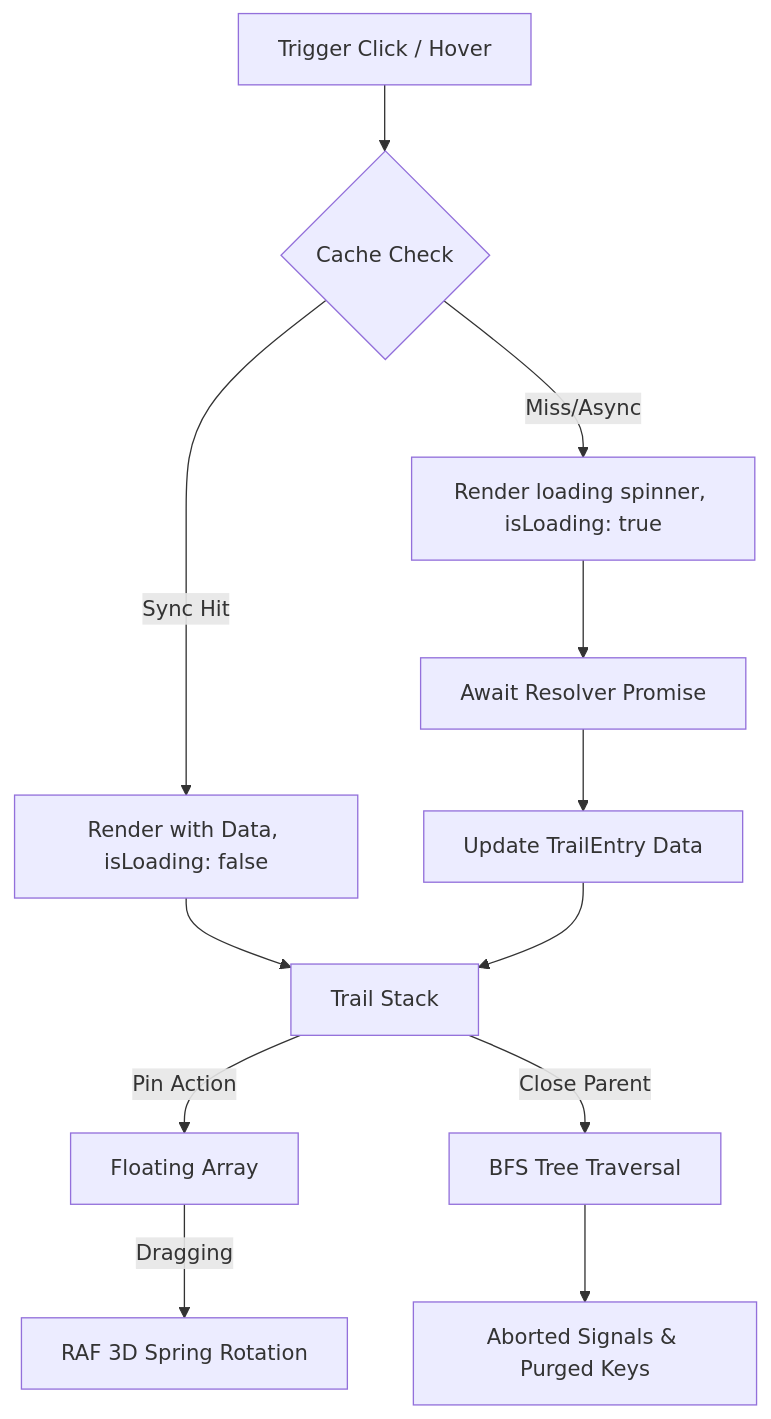
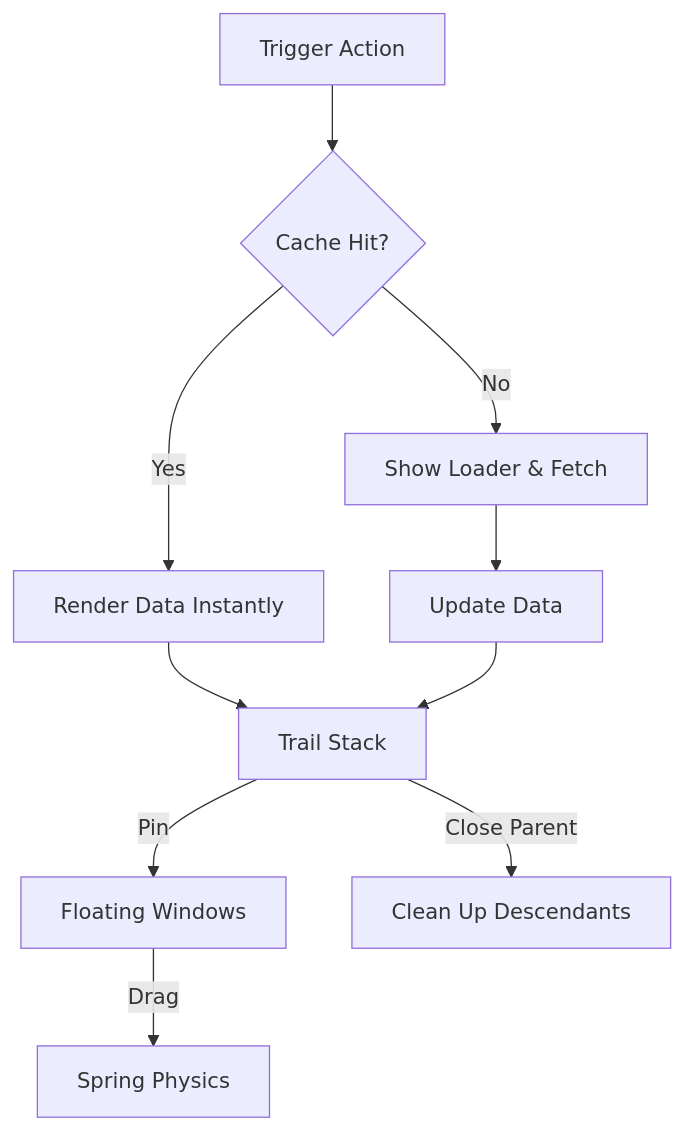
The diagram in README.md (HerAnsu/popover-trail), drawn with Mermaid before and after one commit. The commit also changed other lines of this file, not shown here.

Commit message:
docs: humanize README.md with clear problem statement, clean sectioning, and high readability

````diff
--- a/README.md
+++ b/README.md
@@ -33,17 +42,15 @@
 ```mermaid
 graph TD
-    Trigger[Trigger Click / Hover] --> CacheCheck{Cache Check}
-    CacheCheck -- Sync Hit --> InstantMount[Render with Data, isLoading: false]
-    CacheCheck -- Miss/Async --> LoadingMount[Render loading spinner, isLoading: true]
-    LoadingMount --> Fetch[Await Resolver Promise]
-    Fetch --> DataLoaded[Update TrailEntry Data]
+    Trigger[Trigger Action] --> CacheCheck{Cache Hit?}
+    CacheCheck -- Yes --> Instant[Render Data Instantly]
+    CacheCheck -- No --> Loading[Show Loader & Fetch]
+    Loading --> Loaded[Update Data]
     
-    InstantMount --> ActiveTrail[Trail Stack]
-    DataLoaded --> ActiveTrail
+    Instant --> Trail[Trail Stack]
+    Loaded --> Trail
     
-    ActiveTrail -- Pin Action --> PinnedList[Floating Array]
-    PinnedList -- Dragging --> Physics[RAF 3D Spring Rotation]
+    Trail -- Pin --> Floating[Floating Windows]
+    Floating -- Drag --> Physics[Spring Physics]
     
-    ActiveTrail -- Close Parent --> BFS[BFS Tree Traversal]
-    BFS --> CleanState[Aborted Signals & Purged Keys]
+    Trail -- Close Parent --> BFS[Clean Up Descendants]
 ```
````
